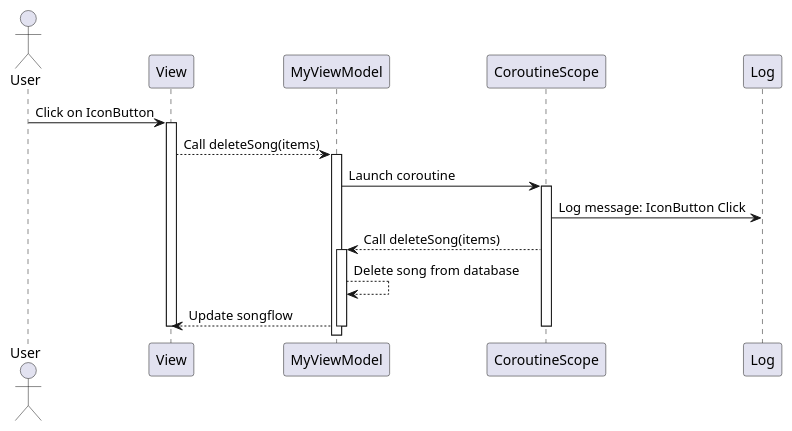
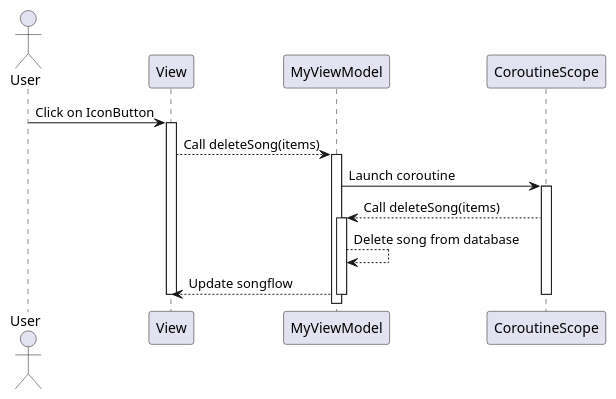
The diagram in res/delete_song.puml (Zhan5410/kotlin_paper), drawn with PlantUML before and after one commit. The commit also changed 25 other files, not shown here.

```diff
--- a/res/delete_song.puml
+++ b/res/delete_song.puml
@@ -1,23 +1,20 @@
 @startuml delete_song
 actor User as User
 participant View as View
 participant "MyViewModel" as VM
 participant "CoroutineScope" as Scope
-participant "Log" as Log
 
 User -> View: Click on IconButton
 activate View
 View --> VM: Call deleteSong(items)
 activate VM
 VM -> Scope: Launch coroutine
 activate Scope
-Scope -> Log: Log message: IconButton Click
-deactivate Log
 Scope --> VM: Call deleteSong(items)
 activate VM
 VM --> VM: Delete song from database
 VM --> View: Update songflow
 deactivate VM
 deactivate Scope
 deactivate View
 @enduml
```
